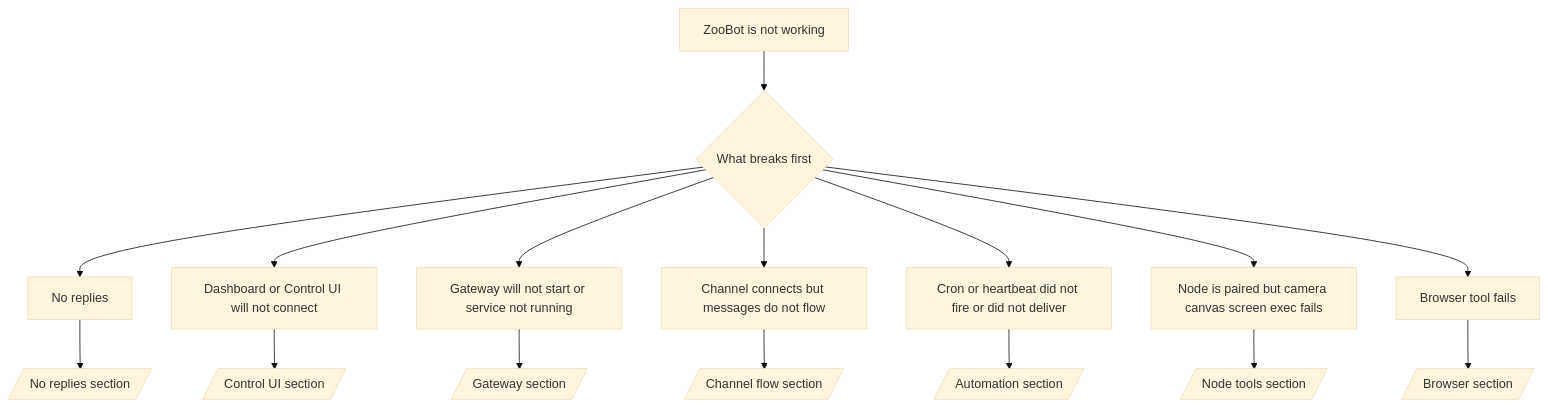
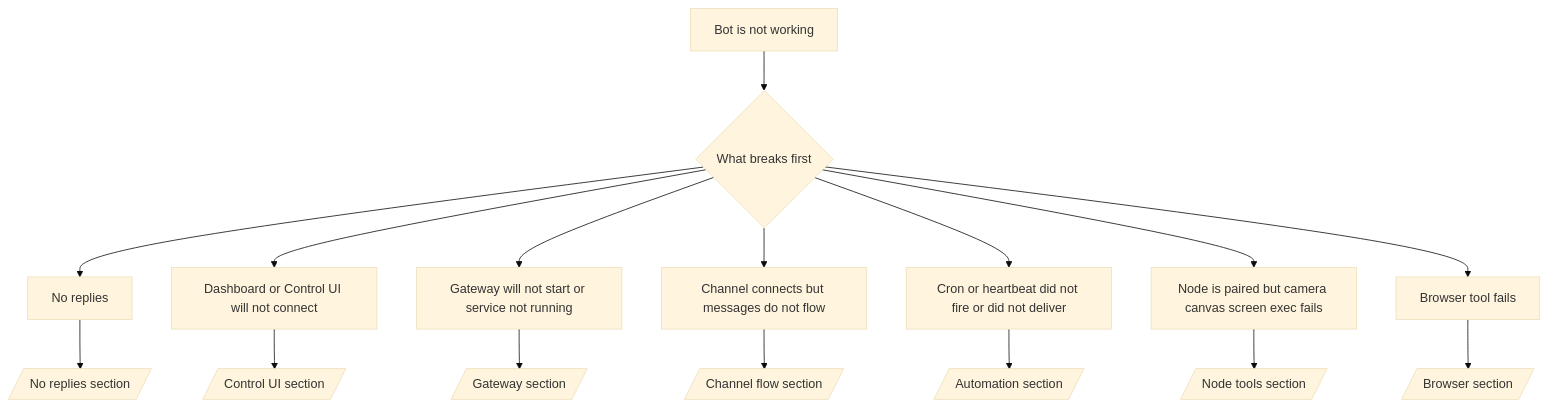
Before and after one commit to zooai/bot: the diagram in docs/help/troubleshooting.md, drawn with Mermaid (base theme). The commit also changed other lines of this file and 964 other files, not shown here.

First line of the commit message:
Strip ZooBot* identifier prefix; align lint rules with upstream

````diff
--- a/docs/help/troubleshooting.md
+++ b/docs/help/troubleshooting.md
@@ -70,19 +70,19 @@
 ```mermaid
 flowchart TD
-  A[ZooBot is not working] --> B{What breaks first}
+  A[Bot is not working] --> B{What breaks first}
   B --> C[No replies]
   B --> D[Dashboard or Control UI will not connect]
   B --> E[Gateway will not start or service not running]
   B --> F[Channel connects but messages do not flow]
   B --> G[Cron or heartbeat did not fire or did not deliver]
   B --> H[Node is paired but camera canvas screen exec fails]
   B --> I[Browser tool fails]
 
   C --> C1[/No replies section/]
   D --> D1[/Control UI section/]
   E --> E1[/Gateway section/]
   F --> F1[/Channel flow section/]
   G --> G1[/Automation section/]
   H --> H1[/Node tools section/]
   I --> I1[/Browser section/]
 ```
````
